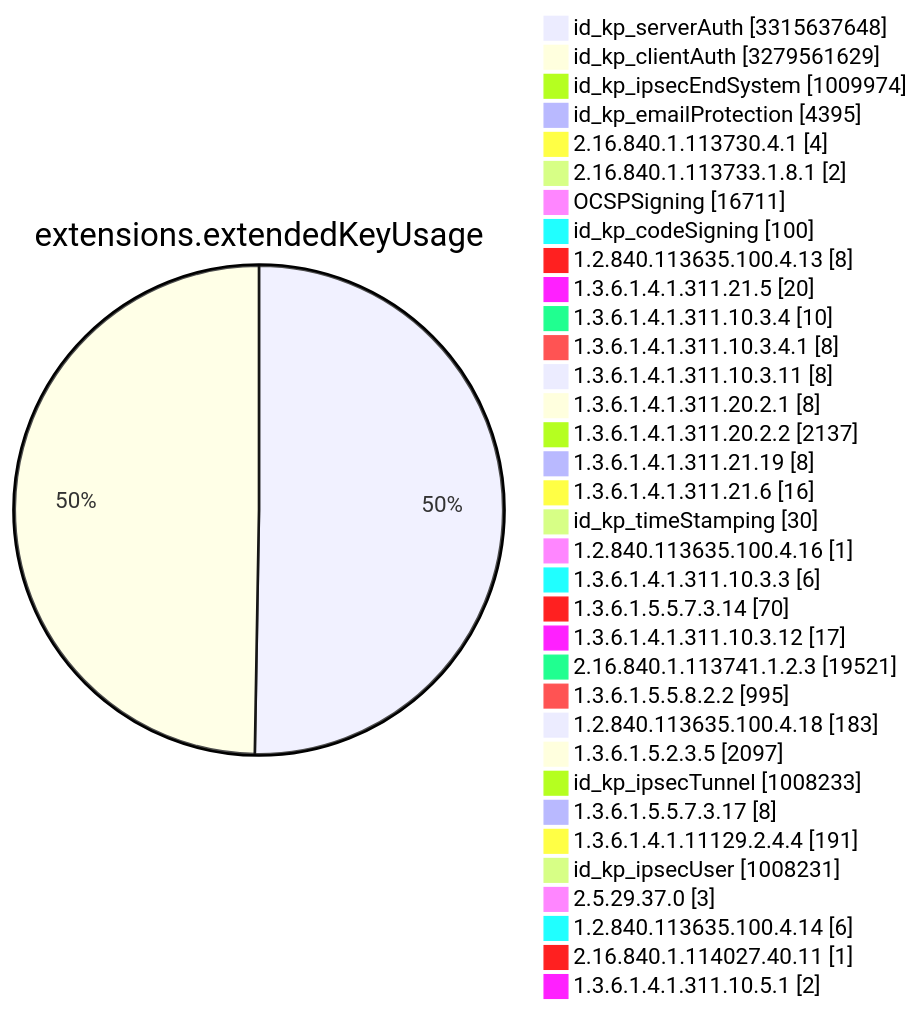
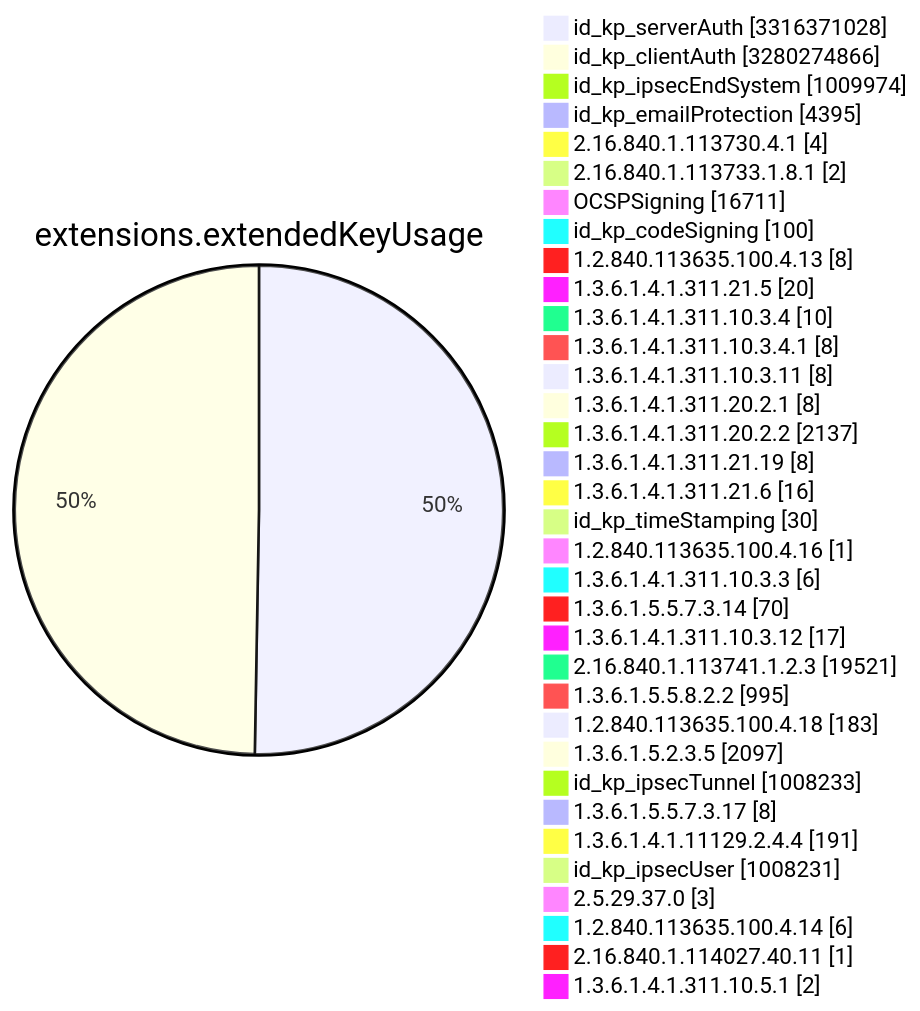
Before and after one commit to christiankrug/ctmonitor_visualization: diagram 11 of 15 in TOTAL/README.md, drawn with Mermaid. The commit also changed other lines of this file, not shown here.

````diff
--- a/TOTAL/README.md
+++ b/TOTAL/README.md
@@ -4120,38 +4120,38 @@
 ```mermaid
 pie showData
 title extensions.extendedKeyUsage
-"id_kp_serverAuth" :3315637648
-"id_kp_clientAuth" :3279561629
+"id_kp_serverAuth" :3316371028
+"id_kp_clientAuth" :3280274866
 "id_kp_ipsecEndSystem" :1009974
 "id_kp_emailProtection" :4395
 "2.16.840.1.113730.4.1" :4
 "2.16.840.1.113733.1.8.1" :2
 "OCSPSigning" :16711
 "id_kp_codeSigning" :100
 "1.2.840.113635.100.4.13" :8
 "1.3.6.1.4.1.311.21.5" :20
 "1.3.6.1.4.1.311.10.3.4" :10
 "1.3.6.1.4.1.311.10.3.4.1" :8
 "1.3.6.1.4.1.311.10.3.11" :8
 "1.3.6.1.4.1.311.20.2.1" :8
 "1.3.6.1.4.1.311.20.2.2" :2137
 "1.3.6.1.4.1.311.21.19" :8
 "1.3.6.1.4.1.311.21.6" :16
 "id_kp_timeStamping" :30
 "1.2.840.113635.100.4.16" :1
 "1.3.6.1.4.1.311.10.3.3" :6
 "1.3.6.1.5.5.7.3.14" :70
 "1.3.6.1.4.1.311.10.3.12" :17
 "2.16.840.1.113741.1.2.3" :19521
 "1.3.6.1.5.5.8.2.2" :995
 "1.2.840.113635.100.4.18" :183
 "1.3.6.1.5.2.3.5" :2097
 "id_kp_ipsecTunnel" :1008233
 "1.3.6.1.5.5.7.3.17" :8
 "1.3.6.1.4.1.11129.2.4.4" :191
 "id_kp_ipsecUser" :1008231
 "2.5.29.37.0" :3
 "1.2.840.113635.100.4.14" :6
 "2.16.840.1.114027.40.11" :1
 "1.3.6.1.4.1.311.10.5.1" :2
 ```
````
